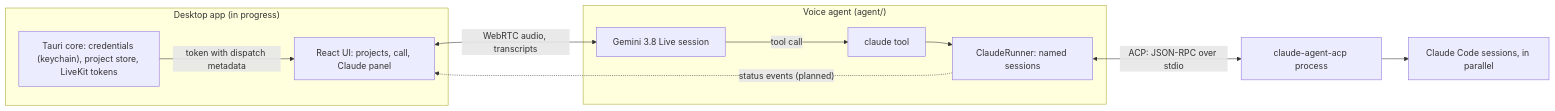
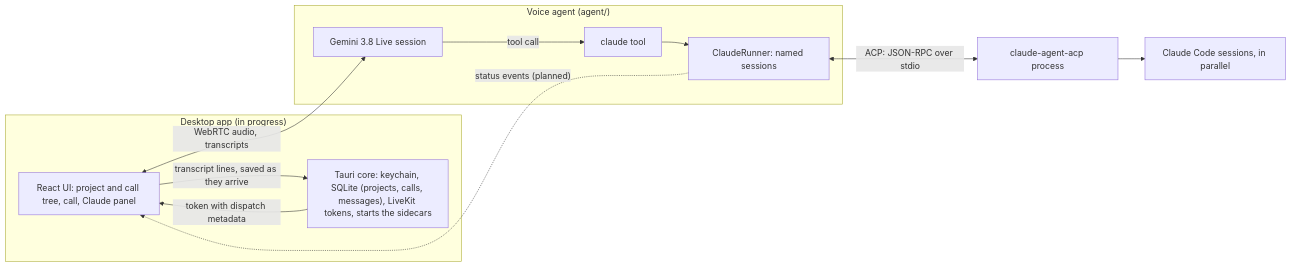
Before and after one commit to bomby-app/bomby: the diagram in docs/architecture.md, drawn with Mermaid. The commit also changed other lines of this file and 51 other files, not shown here.

````diff
--- a/docs/architecture.md
+++ b/docs/architecture.md
@@ -14,22 +16,23 @@
 ```mermaid
 flowchart LR
   subgraph App["Desktop app (in progress)"]
-    UI["React UI: projects, call, Claude panel"]
-    Core["Tauri core: credentials (keychain), project store, LiveKit tokens"]
+    UI["React UI: project and call tree, call, Claude panel"]
+    Core["Tauri core: keychain, SQLite (projects, calls, messages), LiveKit tokens, starts the sidecars"]
   end
   subgraph Agent["Voice agent (agent/)"]
     Gemini["Gemini 3.8 Live session"]
     Tool["claude tool"]
     Runner["ClaudeRunner: named sessions"]
   end
   ACP["claude-agent-acp process"]
   Claude["Claude Code sessions, in parallel"]
 
   Core -- "token with dispatch metadata" --> UI
+  UI -- "transcript lines, saved as they arrive" --> Core
   UI <-- "WebRTC audio, transcripts" --> Gemini
   Gemini -- "tool call" --> Tool
   Tool --> Runner
   Runner <-- "ACP: JSON-RPC over stdio" --> ACP
   ACP --> Claude
   Runner -. "status events (planned)" .-> UI
 ```
````
